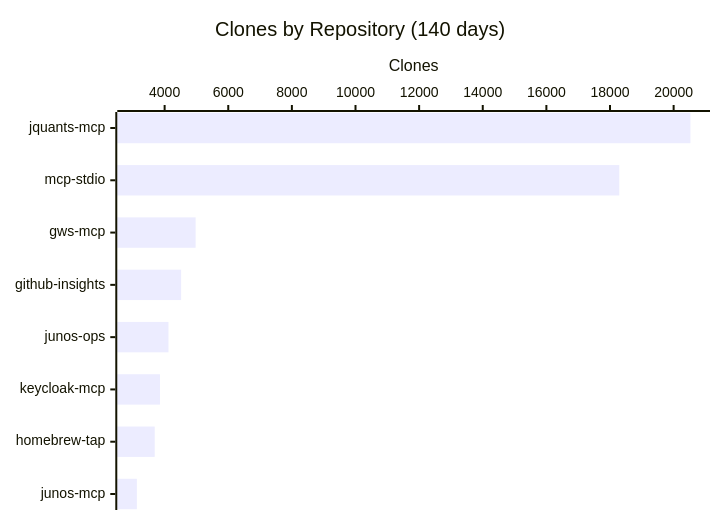
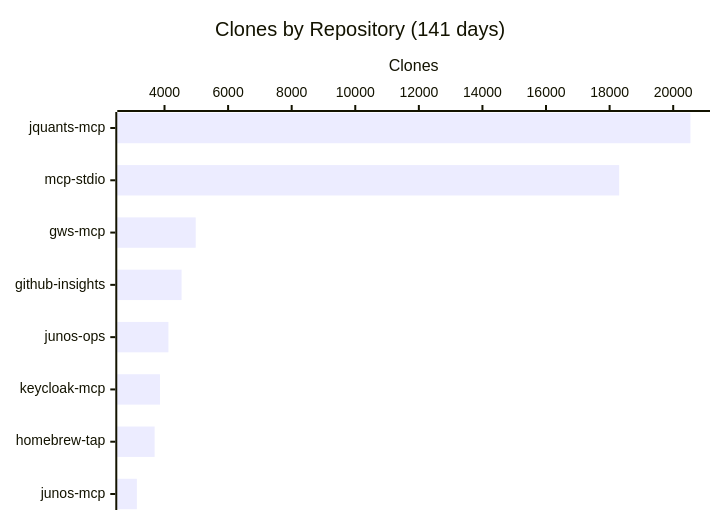
Before and after one commit to shigechika/github-insights: the fourth of 4 diagrams in README.md, drawn with Mermaid. The commit also changed other lines of this file and 2 other files, not shown here.

````diff
--- a/README.md
+++ b/README.md
@@ -58,7 +58,7 @@
 ```mermaid
 xychart-beta horizontal
-    title "Clones by Repository (140 days)"
+    title "Clones by Repository (141 days)"
     x-axis ["jquants-mcp", "mcp-stdio", "gws-mcp", "github-insights", "junos-ops", "keycloak-mcp", "homebrew-tap", "junos-mcp"]
     y-axis "Clones"
-    bar [20528, 18292, 4975, 4519, 4121, 3853, 3688, 3127]
+    bar [20542, 18300, 4981, 4537, 4123, 3857, 3689, 3130]
 ```
````
